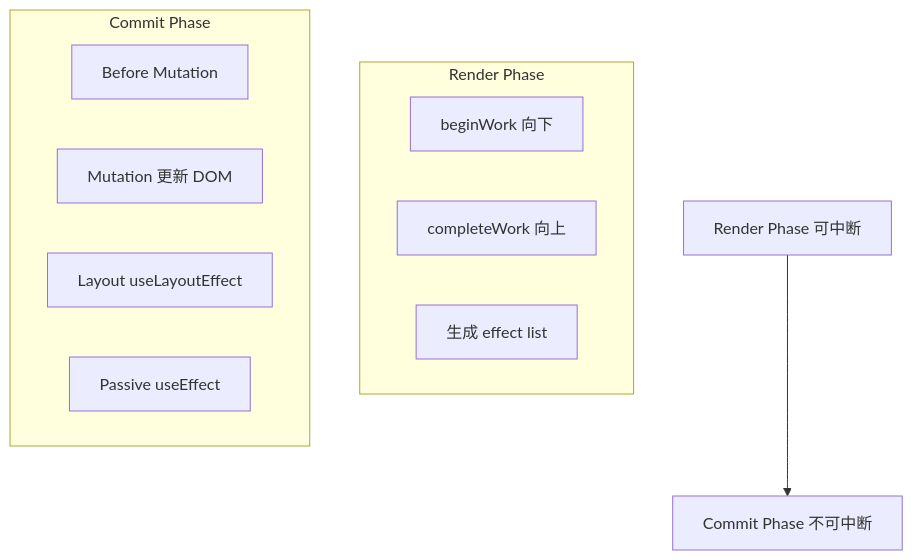
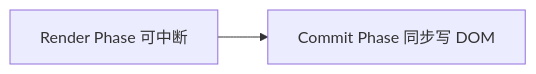
Before and after one commit to c-builder/study: the diagram in 02-框架与底层原理/03-React-Fiber架构.md, drawn with Mermaid. The commit also changed other lines of this file and 28 other files, not shown here.

````diff
--- a/02-框架与底层原理/03-React-Fiber架构.md
+++ b/02-框架与底层原理/03-React-Fiber架构.md
@@ -88,17 +30,4 @@
 ```mermaid
-flowchart TD
-    RenderPhase[Render Phase 可中断] --> CommitPhase[Commit Phase 不可中断]
-    
-    subgraph render [Render Phase]
-        R1[beginWork 向下]
-        R2[completeWork 向上]
-        R3[生成 effect list]
-    end
-    
-    subgraph commit [Commit Phase]
-        C1[Before Mutation]
-        C2[Mutation 更新 DOM]
-        C3[Layout useLayoutEffect]
-        C4[Passive useEffect]
-    end
+flowchart LR
+    Render[Render Phase 可中断] --> Commit[Commit Phase 同步写 DOM]
 ```
````
